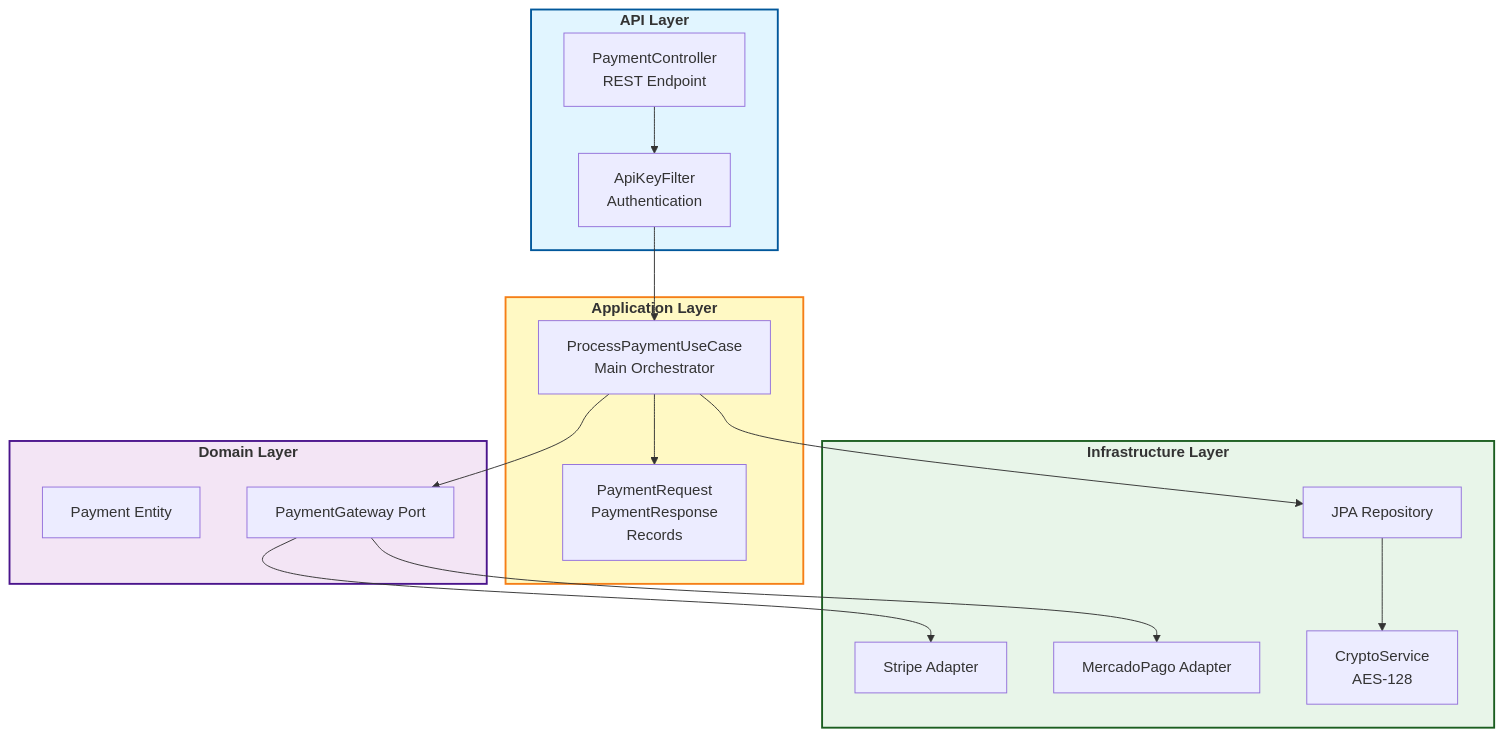
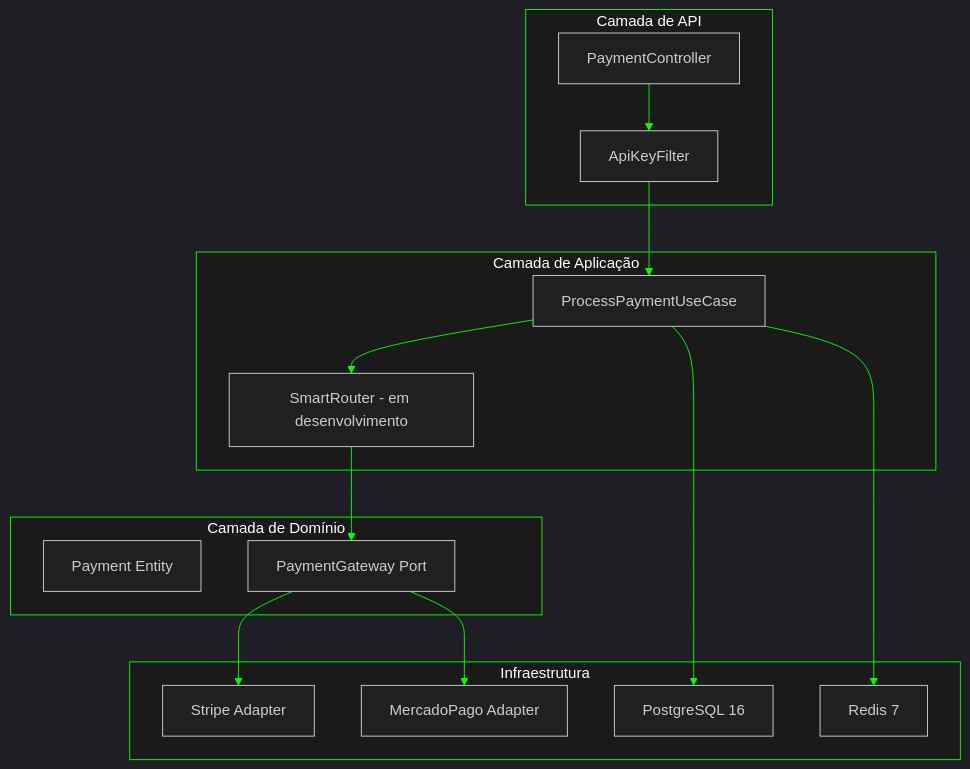
Before and after one commit to vitinh0z/orquestra.io: the second of 3 diagrams in README.md, drawn with Mermaid. The commit also changed other lines of this file, not shown here.

````diff
--- a/README.md
+++ b/README.md
@@ -130,38 +147,39 @@
 ```mermaid
+%%{init: {'theme':'dark', 'themeVariables': { 'primaryColor':'#1a1a1a','primaryTextColor':'#fff','primaryBorderColor':'#00ff00','lineColor':'#00ff00','secondaryColor':'#2a2a2a','tertiaryColor':'#1a1a1a'}}}%%
 graph TB
-    subgraph API["<b>API Layer</b>"]
-        Controller["PaymentController<br/>REST Endpoint"]
-        Filter["ApiKeyFilter<br/>Authentication"]
+    subgraph API["Camada de API"]
+        Controller["PaymentController"]
+        Filter["ApiKeyFilter"]
     end
     
-    subgraph Application["<b>Application Layer</b>"]
-        UseCase["ProcessPaymentUseCase<br/>Main Orchestrator"]
-        DTOs["PaymentRequest<br/>PaymentResponse<br/>Records"]
+    subgraph Application["Camada de Aplicação"]
+        UseCase["ProcessPaymentUseCase"]
+        Router["SmartRouter - em desenvolvimento"]
     end
     
-    subgraph Domain["<b>Domain Layer</b>"]
+    subgraph Domain["Camada de Domínio"]
         Payment["Payment Entity"]
         Gateway["PaymentGateway Port"]
     end
     
-    subgraph Infrastructure["<b>Infrastructure Layer</b>"]
-        StripeAdapter["Stripe Adapter"]
-        MPAdapter["MercadoPago Adapter"]
-        Persistence["JPA Repository"]
-        Crypto["CryptoService<br/>AES-128"]
+    subgraph Infrastructure["Infraestrutura"]
+        Stripe["Stripe Adapter"]
+        MP["MercadoPago Adapter"]
+        Postgres["PostgreSQL 16"]
+        Redis["Redis 7"]
     end
     
     Controller --> Filter
     Filter --> UseCase
-    UseCase --> DTOs
-    UseCase --> Gateway
-    Gateway --> StripeAdapter
-    Gateway --> MPAdapter
-    UseCase --> Persistence
-    Persistence --> Crypto
-    
-    style API fill:#e1f5ff,stroke:#01579b,stroke-width:2px
-    style Application fill:#fff9c4,stroke:#f57f17,stroke-width:2px
-    style Domain fill:#f3e5f5,stroke:#4a148c,stroke-width:2px
-    style Infrastructure fill:#e8f5e9,stroke:#1b5e20,stroke-width:2px
+    UseCase --> Router
+    Router --> Gateway
+    Gateway --> Stripe
+    Gateway --> MP
+    UseCase --> Postgres
+    UseCase --> Redis
+
+    style API fill:#1a1a1a,stroke:#00ff00,color:#fff
+    style Application fill:#1a1a1a,stroke:#00ff00,color:#fff
+    style Domain fill:#1a1a1a,stroke:#00ff00,color:#fff
+    style Infrastructure fill:#1a1a1a,stroke:#00ff00,color:#fff
 ```
````
